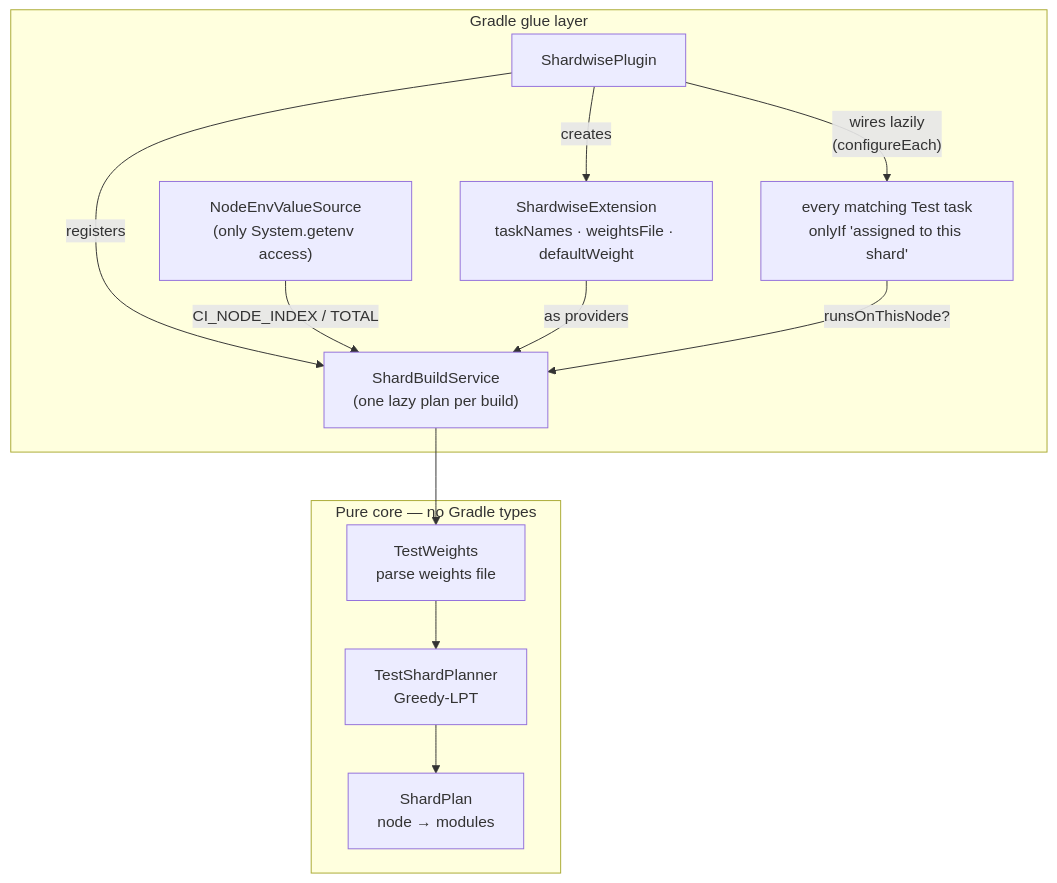
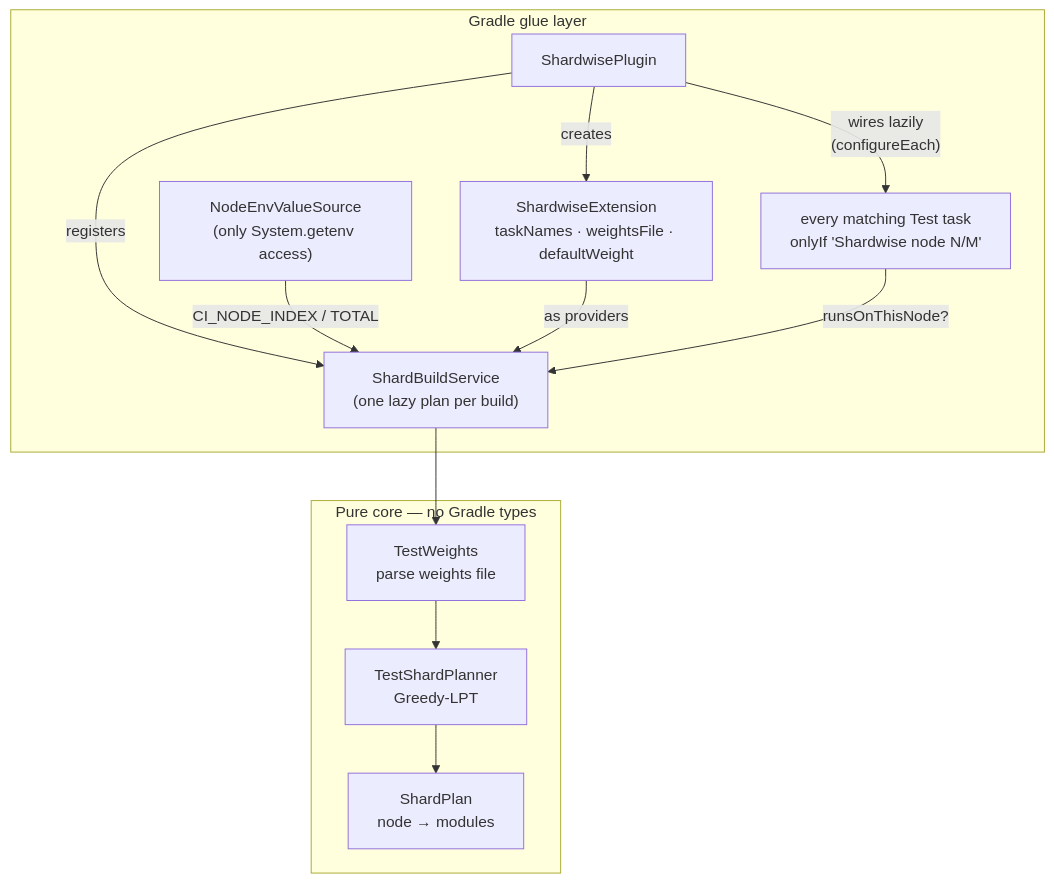
The second of 3 diagrams in docs/how-it-works.md (micschr0/gradle-test-shard-plugin), drawn with Mermaid before and after one commit. The commit also changed other lines of this file and 89 other files, not shown here.

````diff
--- a/docs/how-it-works.md
+++ b/docs/how-it-works.md
@@ -131,22 +123,22 @@
 ```mermaid
 flowchart TB
     subgraph glue["Gradle glue layer"]
         EXT["ShardwiseExtension<br/>taskNames · weightsFile · defaultWeight"]
         PLG["ShardwisePlugin"]
         VS["NodeEnvValueSource<br/>(only System.getenv access)"]
         BS["ShardBuildService<br/>(one lazy plan per build)"]
-        TT["every matching Test task<br/>onlyIf 'assigned to this shard'"]
+        TT["every matching Test task<br/>onlyIf 'Shardwise node N/M'"]
     end
     subgraph pure["Pure core — no Gradle types"]
         TW["TestWeights<br/>parse weights file"]
         PLN["TestShardPlanner<br/>Greedy-LPT"]
         SP["ShardPlan<br/>node → modules"]
     end
     PLG -- "creates" --> EXT
     PLG -- "registers" --> BS
     PLG -- "wires lazily<br/>(configureEach)" --> TT
     VS -- "CI_NODE_INDEX / TOTAL" --> BS
     EXT -- "as providers" --> BS
     TT -- "runsOnThisNode?" --> BS
     BS --> TW --> PLN --> SP
 ```
````
